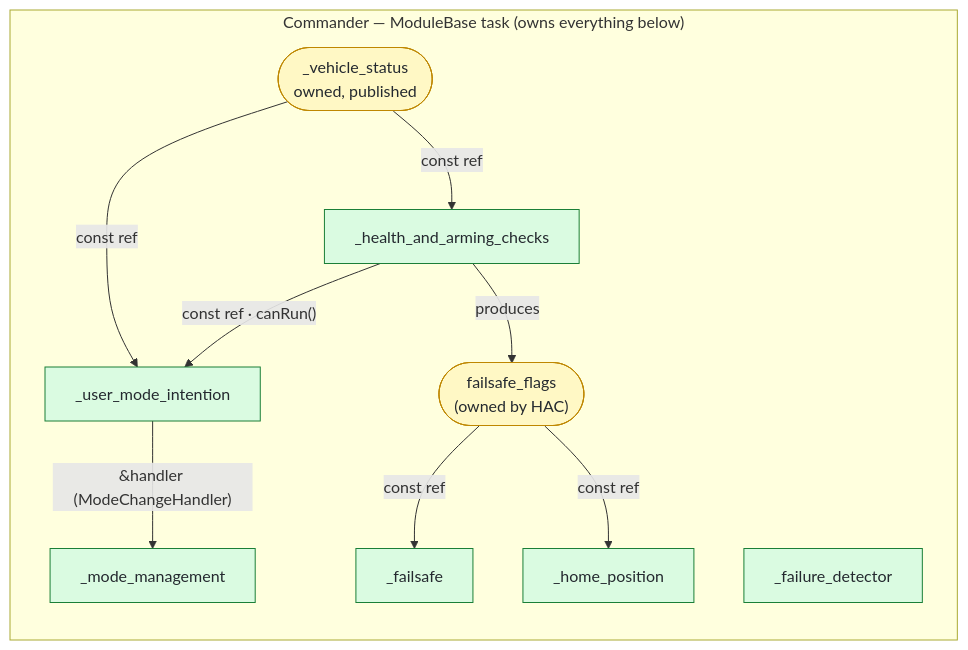
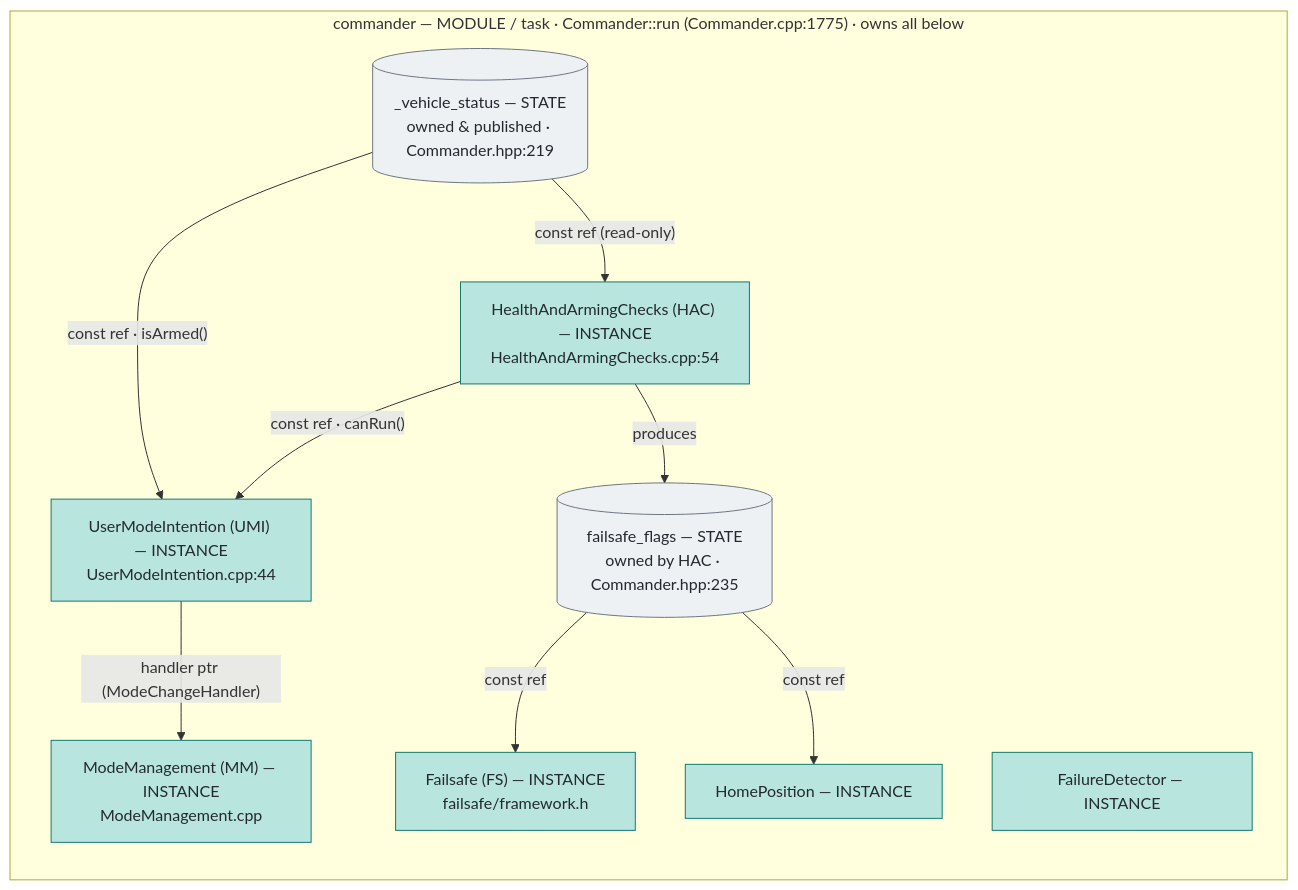
Before and after one commit to ubicoders/PX4-Autopilot: the third of 4 diagrams in commander.md, drawn with Mermaid. The commit also changed other lines of this file and 2 other files, not shown here.

````diff
--- a/commander.md
+++ b/commander.md
@@ -60,25 +169,26 @@
 ```mermaid
 flowchart TB
-  classDef state fill:#fff8c5,color:#24292f,stroke:#bf8700,stroke-width:1px;
-  classDef coll  fill:#dafbe1,color:#24292f,stroke:#1a7f37,stroke-width:1px;
+  classDef mod  fill:#1f6feb,color:#ffffff,stroke:#0b3d91,stroke-width:1px;
+  classDef inst fill:#b8e6df,color:#24292f,stroke:#137a6e,stroke-width:1px;
+  classDef st   fill:#eef1f4,color:#24292f,stroke:#6e7781,stroke-width:1px;
 
-  subgraph CMD["Commander — ModuleBase task (owns everything below)"]
+  subgraph CMD["commander — MODULE / task · Commander::run (Commander.cpp:1775) · owns all below"]
     direction TB
-    VS(["_vehicle_status<br/>owned, published"]):::state
-    HAC["_health_and_arming_checks"]:::coll
-    FF(["failsafe_flags<br/>(owned by HAC)"]):::state
-    FS["_failsafe"]:::coll
-    MM["_mode_management"]:::coll
-    UMI["_user_mode_intention"]:::coll
-    HP["_home_position"]:::coll
-    FD["_failure_detector"]:::coll
+    VS[("_vehicle_status — STATE<br/>owned & published · Commander.hpp:219")]:::st
+    FF[("failsafe_flags — STATE<br/>owned by HAC · Commander.hpp:235")]:::st
+    HAC["HealthAndArmingChecks (HAC) — INSTANCE<br/>HealthAndArmingChecks.cpp:54"]:::inst
+    FS["Failsafe (FS) — INSTANCE<br/>failsafe/framework.h"]:::inst
+    MM["ModeManagement (MM) — INSTANCE<br/>ModeManagement.cpp"]:::inst
+    UMI["UserModeIntention (UMI) — INSTANCE<br/>UserModeIntention.cpp:44"]:::inst
+    HP["HomePosition — INSTANCE"]:::inst
+    FD["FailureDetector — INSTANCE"]:::inst
   end
 
   HAC -- "produces" --> FF
-  VS  -- "const ref" --> HAC
-  VS  -- "const ref" --> UMI
+  VS  -- "const ref (read-only)" --> HAC
+  VS  -- "const ref · isArmed()" --> UMI
   HAC -- "const ref · canRun()" --> UMI
-  UMI -- "&amp;handler (ModeChangeHandler)" --> MM
+  UMI -- "handler ptr (ModeChangeHandler)" --> MM
   FF  -- "const ref" --> FS
   FF  -- "const ref" --> HP
 ```
````
